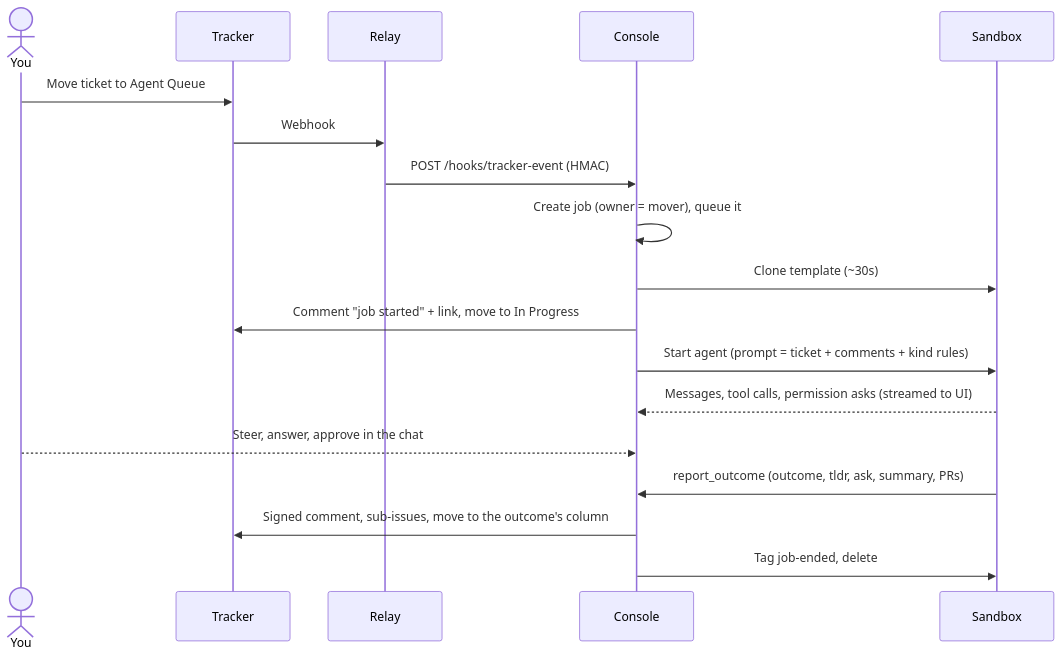
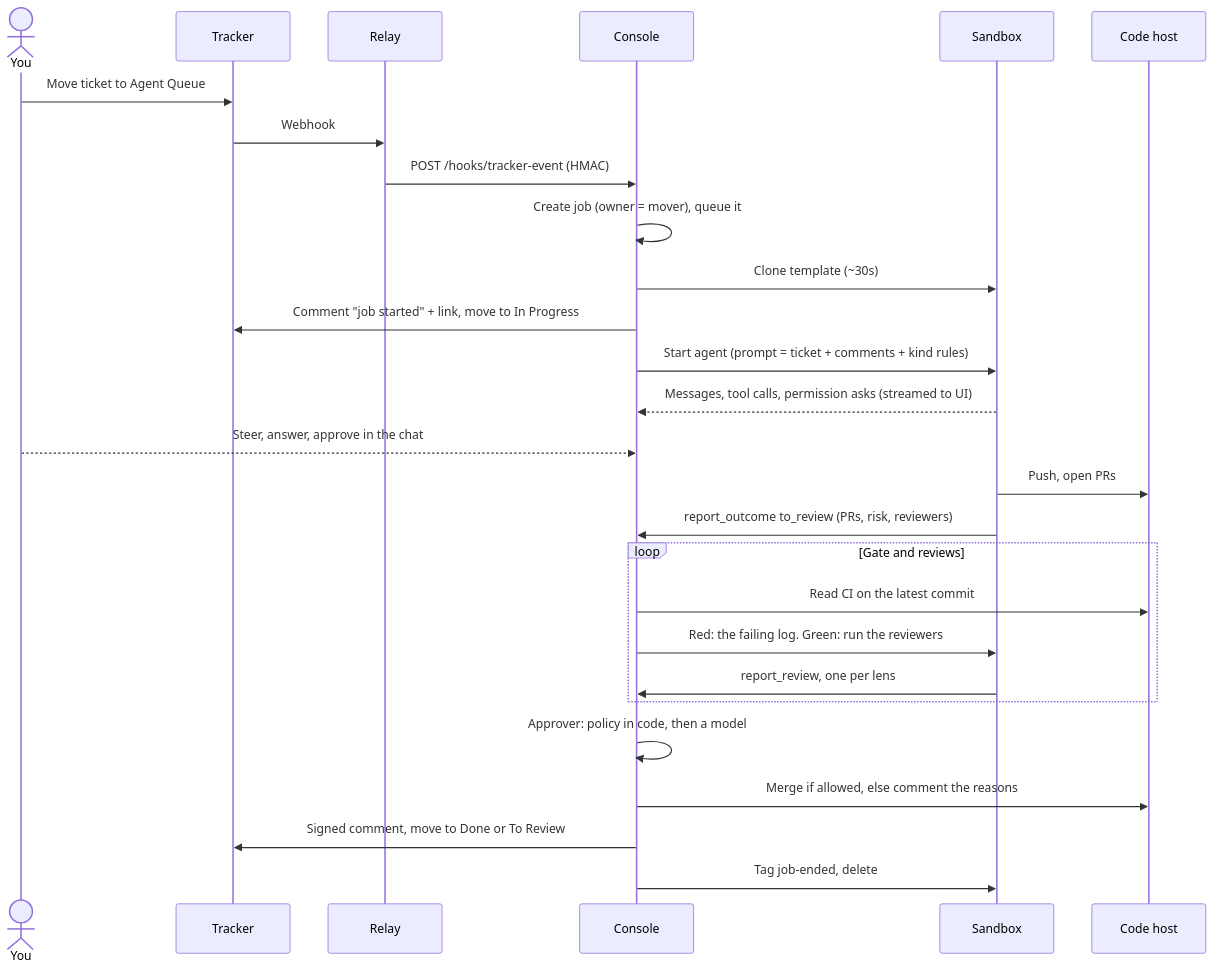
One commit to alairock/agent-console-spec changed the second of 2 diagrams in docs/02-architecture.md. Above: the diagram before and after it, drawn with Mermaid. The commit also changed other lines of this file and 16 other files, not shown here.

First line of the commit message:
Describe the pipeline as the design: one build job per ticket

````diff
--- a/docs/02-architecture.md
+++ b/docs/02-architecture.md
@@ -87,20 +87,29 @@
 ```mermaid
 sequenceDiagram
   actor You
   participant T as Tracker
   participant R as Relay
   participant C as Console
   participant S as Sandbox
+  participant G as Code host
   You->>T: Move ticket to Agent Queue
   T->>R: Webhook
   R->>C: POST /hooks/tracker-event (HMAC)
   C->>C: Create job (owner = mover), queue it
   C->>S: Clone template (~30s)
   C->>T: Comment "job started" + link, move to In Progress
   C->>S: Start agent (prompt = ticket + comments + kind rules)
   S-->>C: Messages, tool calls, permission asks (streamed to UI)
   You-->>C: Steer, answer, approve in the chat
-  S->>C: report_outcome (outcome, tldr, ask, summary, PRs)
-  C->>T: Signed comment, sub-issues, move to the outcome's column
+  S->>G: Push, open PRs
+  S->>C: report_outcome to_review (PRs, risk, reviewers)
+  loop Gate and reviews
+    C->>G: Read CI on the latest commit
+    C->>S: Red: the failing log. Green: run the reviewers
+    S->>C: report_review, one per lens
+  end
+  C->>C: Approver: policy in code, then a model
+  C->>G: Merge if allowed, else comment the reasons
+  C->>T: Signed comment, move to Done or To Review
   C->>S: Tag job-ended, delete
 ```
````
